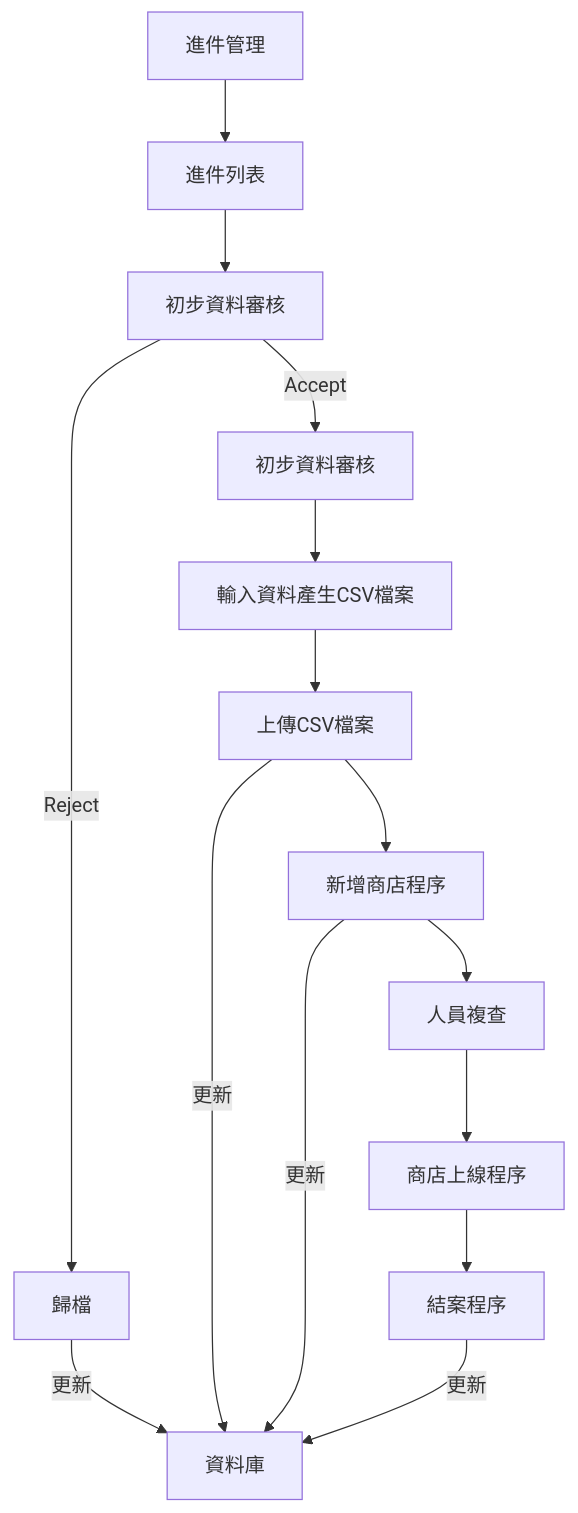
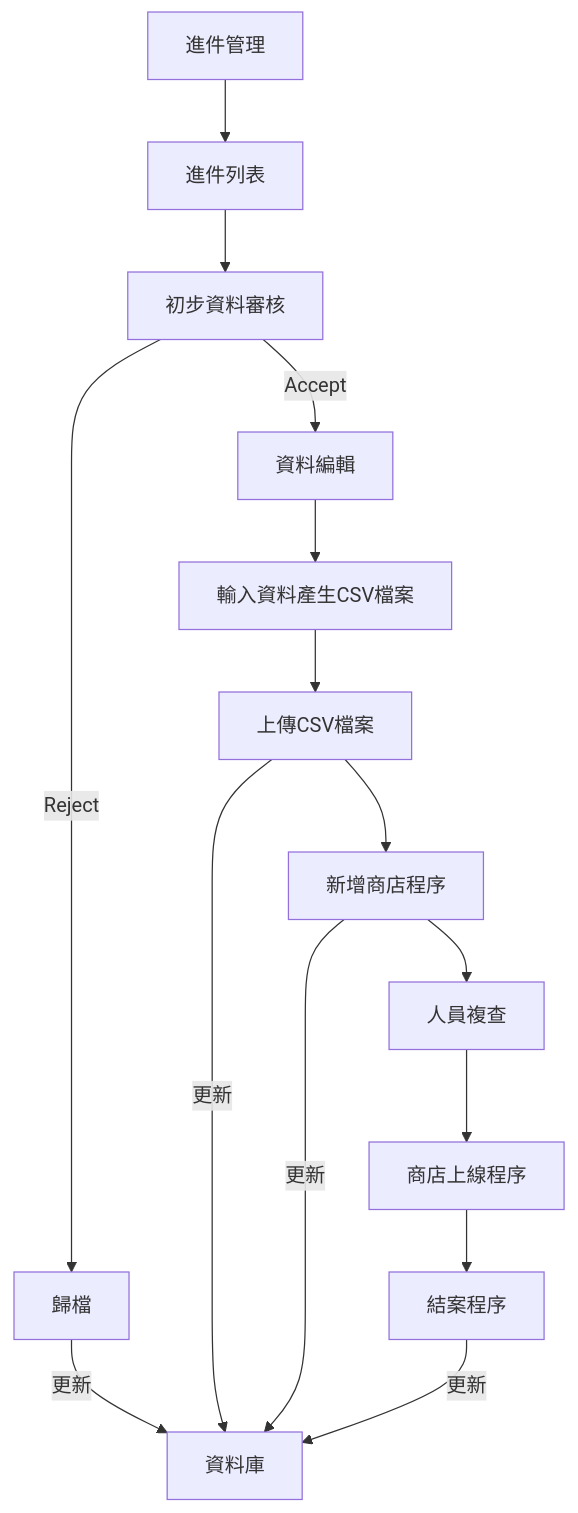
The diagram in lib/app/modules/application/views/application_request.md (kt71020/MD3-Admin), drawn with Mermaid before and after one commit. The commit also changed other lines of this file and 13 other files, not shown here.

````diff
--- a/lib/app/modules/application/views/application_request.md
+++ b/lib/app/modules/application/views/application_request.md
@@ -13,17 +13,17 @@
 ```mermaid
 flowchart TD;
     A[進件管理]
     A-->B[進件列表]
     B-->C[初步資料審核]
-    C-->|Accept|D[初步資料審核]
+    C-->|Accept|D[資料編輯]
     C-->|Reject|E[歸檔]-->|更新|P
     D-->F[輸入資料產生CSV檔案]
     F-->G[上傳CSV檔案]-->|更新|P
     G-->H[新增商店程序]-->|更新|P
     H-->I[人員複查]
     I-->J[商店上線程序]
     J-->K[結案程序]-->|更新|P
     P[資料庫]
 
 
 ```
````
